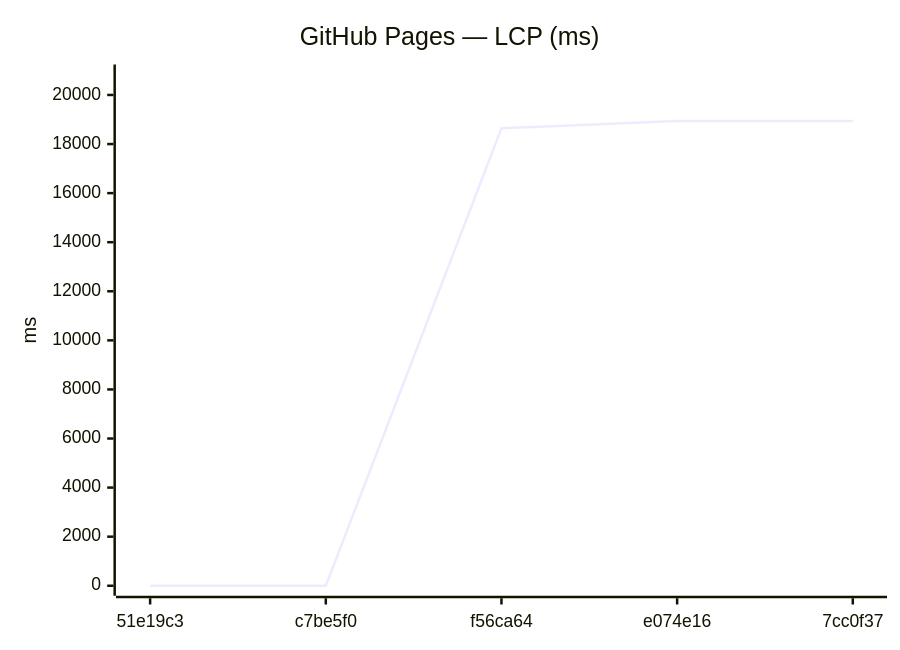
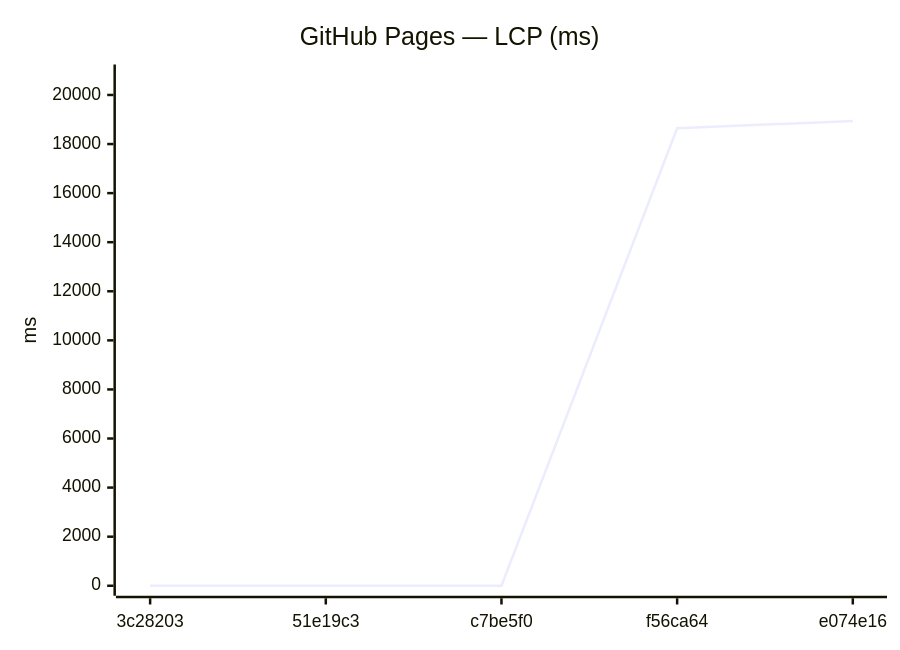
One commit to Metaheurist/Rianell changed the ninth of 18 diagrams in benchmarks/compare.md. Above: the diagram before and after it, drawn with Mermaid. The commit also changed other lines of this file and 11 other files, not shown here.

````diff
--- a/benchmarks/compare.md
+++ b/benchmarks/compare.md
@@ -142,7 +142,7 @@
 ```mermaid
 xychart-beta
     title "GitHub Pages — LCP (ms)"
-    x-axis ["51e19c3", "c7be5f0", "f56ca64", "e074e16", "7cc0f37"]
+    x-axis ["3c28203", "51e19c3", "c7be5f0", "f56ca64", "e074e16"]
     y-axis "ms" 0 --> 20834
-    line [0, 0, 18641, 18940, 18936]
+    line [0, 0, 0, 18641, 18940]
 ```
````
